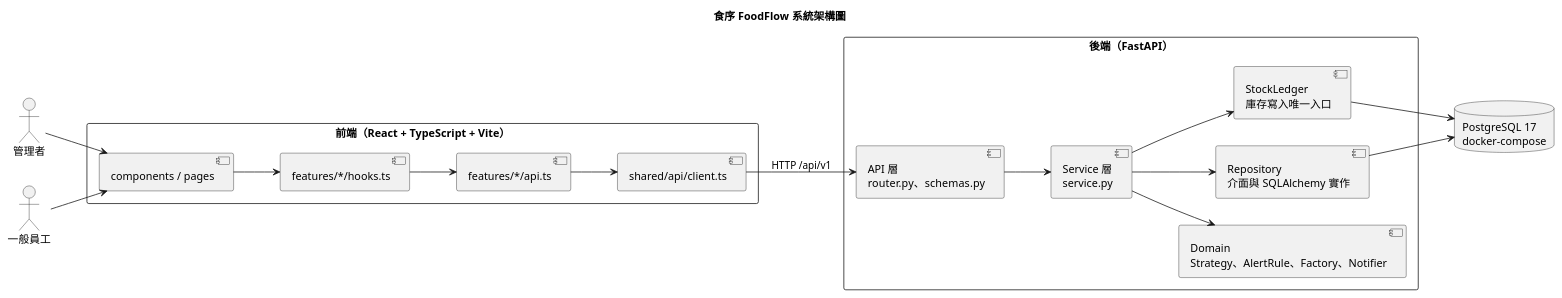
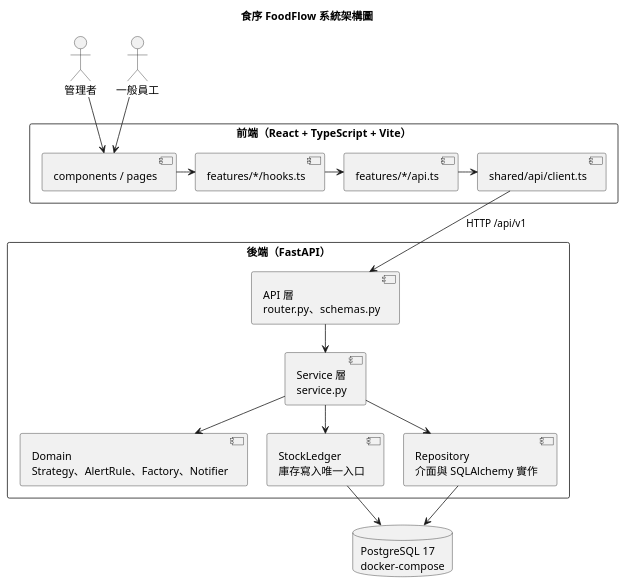
One commit to JOYJOY0122/foodflow changed the diagram in docs/diagrams/c-system-architecture.puml. Above: the diagram before and after it, drawn with PlantUML. The commit also changed 4 other files, not shown here.

Commit message:
docs(architecture): 架構圖改為直式版面

```diff
--- a/docs/diagrams/c-system-architecture.puml
+++ b/docs/diagrams/c-system-architecture.puml
@@ -1,38 +1,41 @@
 @startuml c-system-architecture
 title 食序 FoodFlow 系統架構圖
-left to right direction
+top to bottom direction
 skinparam shadowing false
+skinparam nodesep 25
+skinparam ranksep 35
 
 actor "管理者" as admin
 actor "一般員工" as staff
 
 rectangle "前端（React + TypeScript + Vite）" as fe {
   component "components / pages" as pages
   component "features/*/hooks.ts" as hooks
   component "features/*/api.ts" as api
   component "shared/api/client.ts" as client
-  pages --> hooks
-  hooks --> api
-  api --> client
+  pages -right-> hooks
+  hooks -right-> api
+  api -right-> client
 }
 
 rectangle "後端（FastAPI）" as be {
   component "API 層\nrouter.py、schemas.py" as router
   component "Service 層\nservice.py" as service
   component "Domain\nStrategy、AlertRule、Factory、Notifier" as domain
   component "StockLedger\n庫存寫入唯一入口" as ledger
   component "Repository\n介面與 SQLAlchemy 實作" as repo
   router --> service
   service --> domain
   service --> ledger
   service --> repo
 }
 
 database "PostgreSQL 17\ndocker-compose" as db
 
 admin --> pages
 staff --> pages
 client --> router : HTTP /api/v1
+hooks -[hidden]-> router
 ledger --> db
 repo --> db
 @enduml
```
